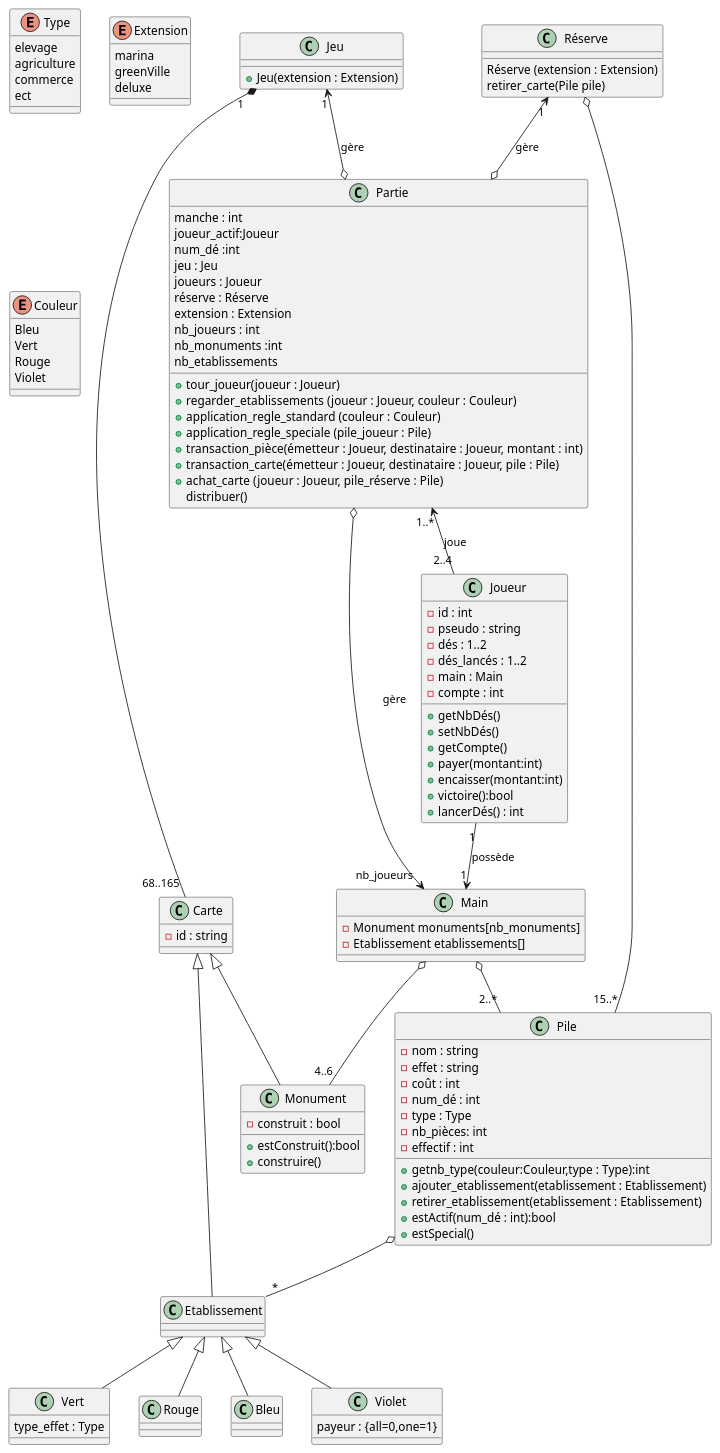
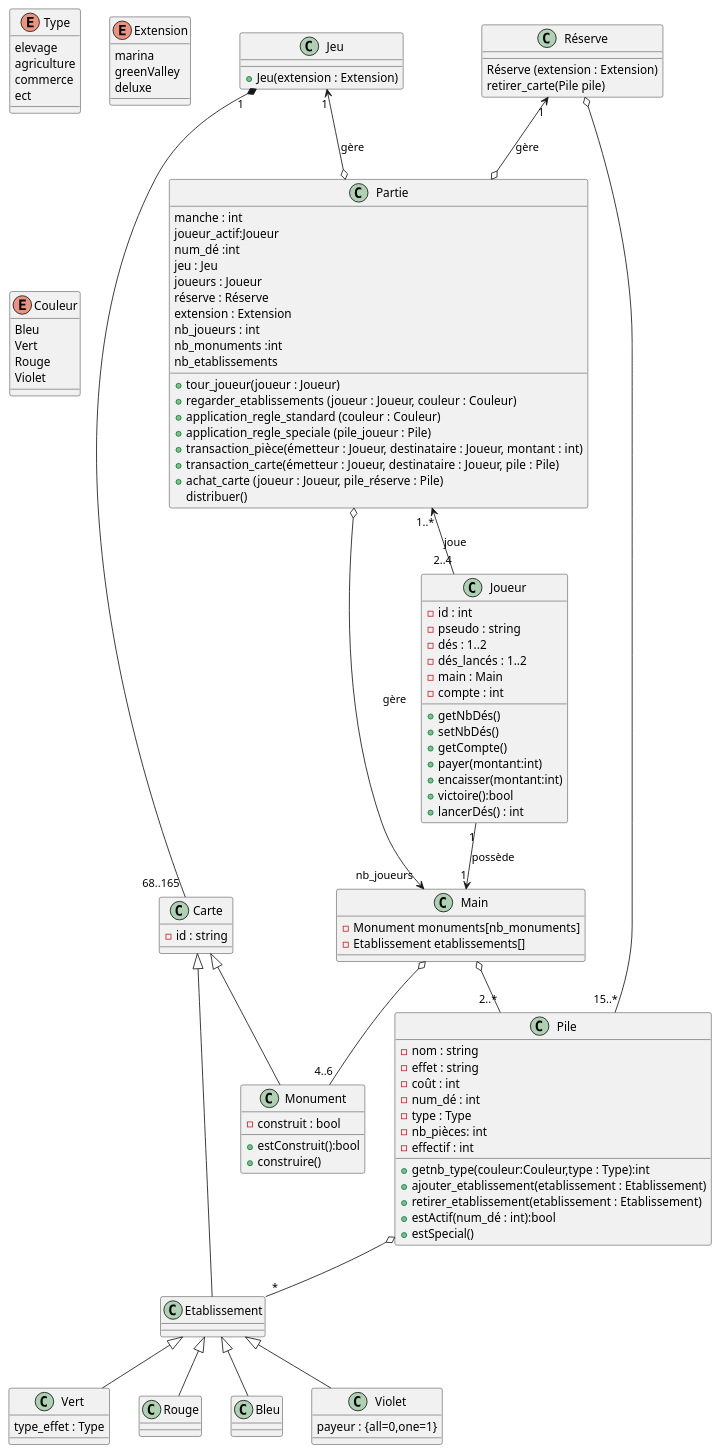
Before and after one commit to UTCGI/Projet_LO21: the diagram in UML_v2_sans_commentaires.plantuml, drawn with PlantUML.

Commit message:
correction enum

```diff
--- a/UML_v2_sans_commentaires.plantuml
+++ b/UML_v2_sans_commentaires.plantuml
@@ -1,144 +1,144 @@
 @startuml
 enum Type
 enum Extension
 enum Couleur
 class Partie
 class Jeu
 class Carte
 class Monument
 class Etablissement
 class Vert
 class Rouge
 class Bleu 
 class Violet
 class Réserve
 class Joueur
 class Main
 class Pile
 
 enum Type{
 elevage
 agriculture
 commerce
 ect
 }
 enum Couleur {
 Bleu
 Vert
 Rouge
 Violet
 }
 enum Extension {
 marina
-greenVille
+greenValley
 deluxe
 }
 
 class  Partie{
  manche : int
  joueur_actif:Joueur
  num_dé :int
  jeu : Jeu
  joueurs : Joueur
  réserve : Réserve
  extension : Extension
  nb_joueurs : int
  nb_monuments :int
  nb_etablissements
 }
 Partie : +tour_joueur(joueur : Joueur)
 Partie : +regarder_etablissements (joueur : Joueur, couleur : Couleur)
 Partie : +application_regle_standard (couleur : Couleur)
 Partie : +application_regle_speciale (pile_joueur : Pile)
 Partie : +transaction_pièce(émetteur : Joueur, destinataire : Joueur, montant : int)
 Partie : +transaction_carte(émetteur : Joueur, destinataire : Joueur, pile : Pile)
 Partie : +achat_carte (joueur : Joueur, pile_réserve : Pile)
 Partie : distribuer()
 
 class Jeu{
 
 }
 Jeu : +Jeu(extension : Extension)
 
 class Carte {
  -id : string
 }
 
 
 class Monument {
  -construit : bool
  
 }
 Monument : +estConstruit():bool
 Monument : +construire()
 
 class  Etablissement{
 
 }
 class Vert {
 type_effet : Type
 }
 class Violet {
 payeur : {all=0,one=1}
 }
 class Rouge{
 }
 class Bleu{
 }
 class  Réserve{
 }
 Réserve : Réserve (extension : Extension)
 Réserve : retirer_carte(Pile pile)
 class  Joueur{
  -id : int
  -pseudo : string
  -dés : 1..2
  -dés_lancés : 1..2
  -main : Main
  -compte : int
 }
 Joueur : +getNbDés()
 Joueur : +setNbDés()
 Joueur : +getCompte()
 Joueur : +payer(montant:int)
 Joueur : +encaisser(montant:int)
 Joueur : +victoire():bool
 Joueur : +lancerDés() : int
 
 class Pile{
  -nom : string
  -effet : string
  -coût : int
  -num_dé : int
  -type : Type
  -nb_pièces: int
  -effectif : int
 }
 Pile : +getnb_type(couleur:Couleur,type : Type):int
 Pile : +ajouter_etablissement(etablissement : Etablissement)
 Pile : +retirer_etablissement(etablissement : Etablissement)
 Pile : +estActif(num_dé : int):bool
 Pile : +estSpecial()
 class  Main{
 -Monument monuments[nb_monuments]
 -Etablissement etablissements[]
 }
 
 Jeu "1" <--o Partie:"gère"
 Réserve "1" <--o Partie:"gère"
 Partie "1..*" <-- "2..4" Joueur :"joue"
 Partie o--> "nb_joueurs" Main :"gère"
 Jeu "1" *-- "68..165" Carte 
 Carte <|-- Etablissement
 Carte <|-- Monument
 Joueur "1" --> "1" Main : "possède"
 Main o-- "4..6" Monument
 Main  o-- "2..*" Pile
 Pile o-- "*" Etablissement
 Réserve o-- "15..*" Pile
 Etablissement <|-- Rouge 
 Etablissement <|-- Bleu
 Etablissement <|-- Vert
 Etablissement <|-- Violet
 
 @endUML
```
